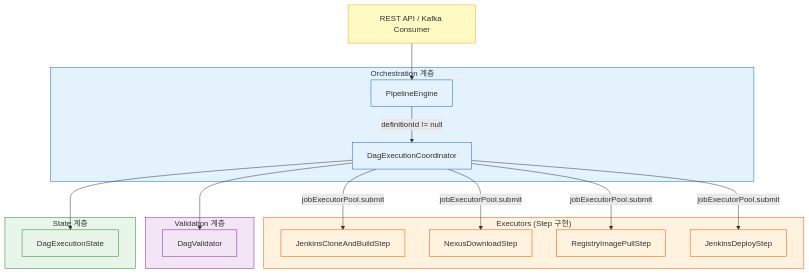
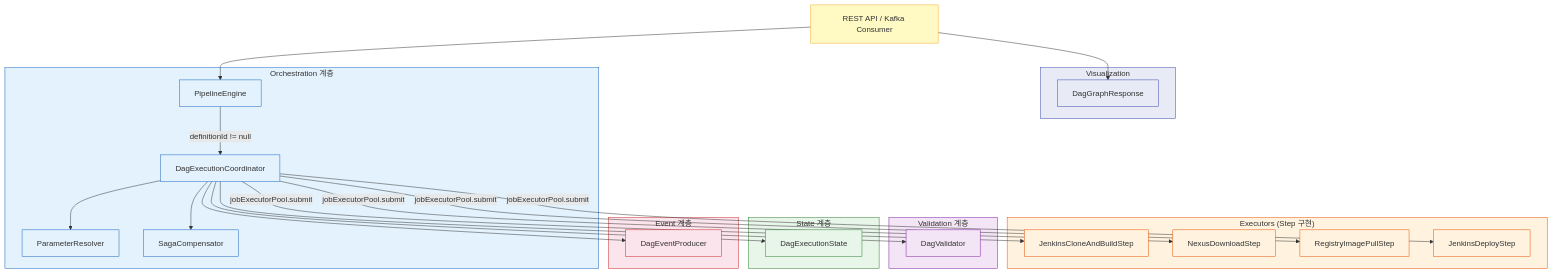
The first of 13 diagrams in docs/pipeline/dag/README.md (scofe97/Redpanda-PlayGround), drawn with Mermaid before and after one commit. The commit also changed other lines of this file and 39 other files, not shown here.

Commit message:
docs: DAG 가이드, 파라미터 시스템, API 레퍼런스, 엔지니어링 이슈 트래커 추가

````diff
--- a/docs/pipeline/dag/README.md
+++ b/docs/pipeline/dag/README.md
@@ -11,45 +13,65 @@
 ```mermaid
 graph TB
     subgraph Executors["Executors (Step 구현)"]
         style Executors fill:#fff3e0,stroke:#e65100,color:#333
         E1["JenkinsCloneAndBuildStep"]
         E2["NexusDownloadStep"]
         E3["RegistryImagePullStep"]
         E4["JenkinsDeployStep"]
     end
 
     subgraph Validation["Validation 계층"]
         style Validation fill:#f3e5f5,stroke:#7b1fa2,color:#333
         DV["DagValidator"]
     end
 
     subgraph State["State 계층"]
         style State fill:#e8f5e9,stroke:#2e7d32,color:#333
         DS["DagExecutionState"]
     end
 
+    subgraph Event["Event 계층"]
+        style Event fill:#fce4ec,stroke:#c62828,color:#333
+        DEP["DagEventProducer"]
+    end
+
+    subgraph Visualization["Visualization"]
+        style Visualization fill:#e8eaf6,stroke:#3949ab,color:#333
+        DGR["DagGraphResponse"]
+    end
+
     subgraph Engine["Orchestration 계층"]
         style Engine fill:#e3f2fd,stroke:#1565c0,color:#333
         PE["PipelineEngine"]
         CO["DagExecutionCoordinator"]
+        PR["ParameterResolver"]
+        SC["SagaCompensator"]
     end
 
     API["REST API / Kafka Consumer"] --> PE
     PE -->|"definitionId != null"| CO
     CO --> DV
     CO --> DS
+    CO --> PR
+    CO --> SC
+    CO --> DEP
     CO -->|"jobExecutorPool.submit"| E1
     CO -->|"jobExecutorPool.submit"| E2
     CO -->|"jobExecutorPool.submit"| E3
     CO -->|"jobExecutorPool.submit"| E4
+    API --> DGR
 
     style API fill:#fff9c4,stroke:#f9a825,color:#333
     style PE fill:#e3f2fd,stroke:#1565c0,color:#333
     style CO fill:#e3f2fd,stroke:#1565c0,color:#333
+    style PR fill:#e3f2fd,stroke:#1565c0,color:#333
+    style SC fill:#e3f2fd,stroke:#1565c0,color:#333
     style DS fill:#e8f5e9,stroke:#2e7d32,color:#333
     style DV fill:#f3e5f5,stroke:#7b1fa2,color:#333
+    style DEP fill:#fce4ec,stroke:#c62828,color:#333
+    style DGR fill:#e8eaf6,stroke:#3949ab,color:#333
     style E1 fill:#fff3e0,stroke:#e65100,color:#333
     style E2 fill:#fff3e0,stroke:#e65100,color:#333
     style E3 fill:#fff3e0,stroke:#e65100,color:#333
     style E4 fill:#fff3e0,stroke:#e65100,color:#333
 ```
````
